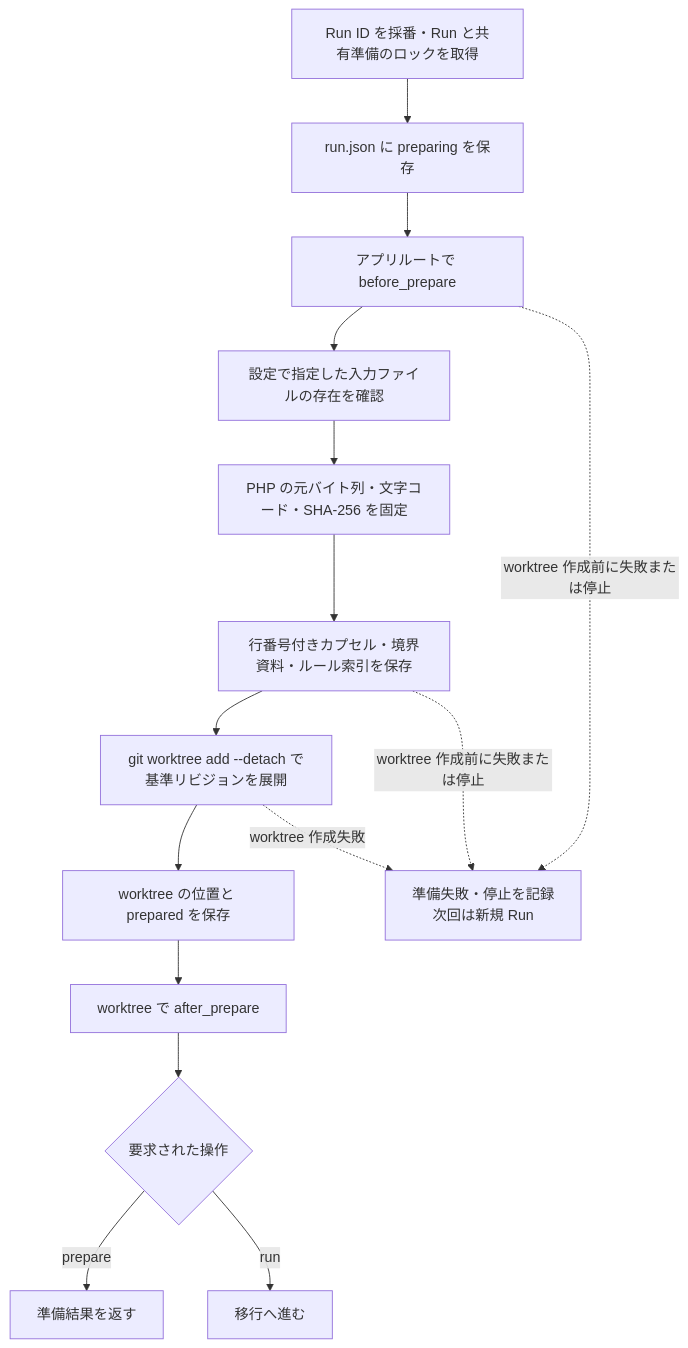
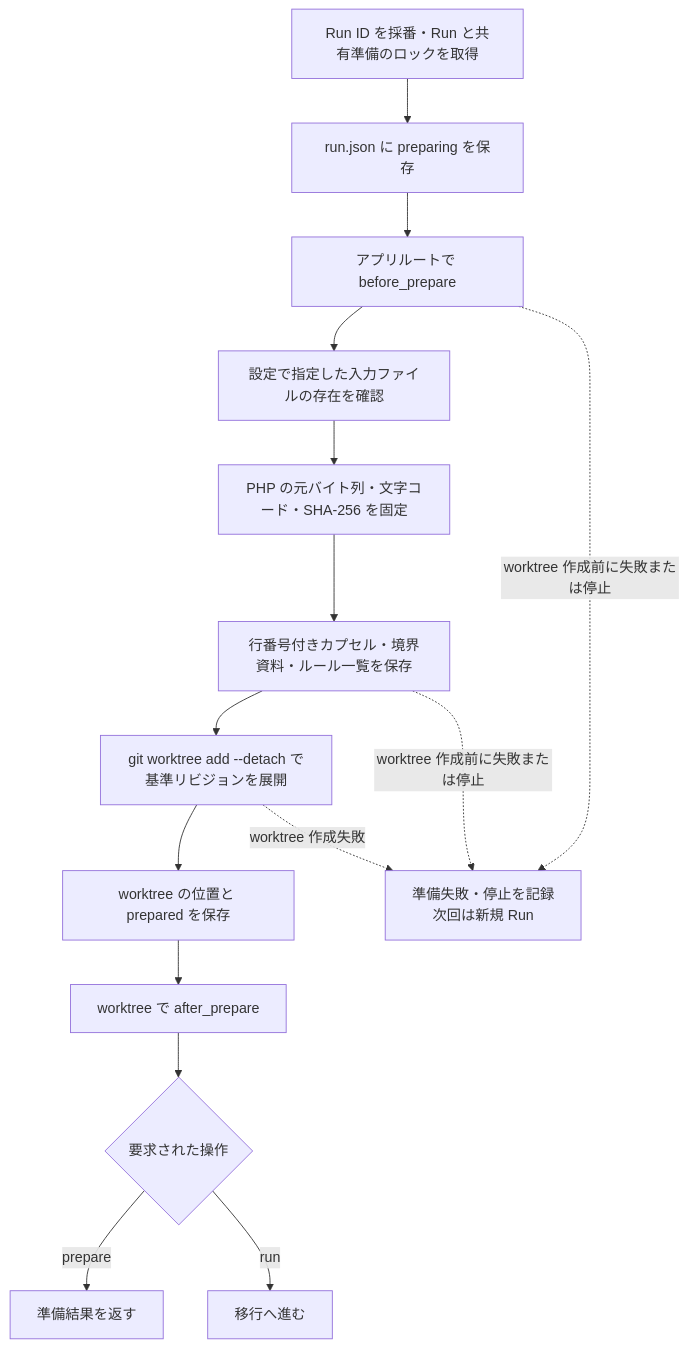
The fourth of 8 diagrams in docs/architecture.md (SSsan-00/moca), drawn with Mermaid before and after one commit. The commit also changed 3 other files, not shown here.

````diff
--- a/docs/architecture.md
+++ b/docs/architecture.md
@@ -240,23 +240,23 @@
 ```mermaid
 flowchart TD
     Start["Run ID を採番・Run と共有準備のロックを取得"]
     Record["run.json に preparing を保存"]
     Before["アプリルートで before_prepare"]
     Validate["設定で指定した入力ファイルの存在を確認"]
     Pin["PHP の元バイト列・文字コード・SHA-256 を固定"]
-    Split["行番号付きカプセル・境界資料・ルール索引を保存"]
+    Split["行番号付きカプセル・境界資料・ルール一覧を保存"]
     Git["git worktree add --detach で基準リビジョンを展開"]
     Prepared["worktree の位置と prepared を保存"]
     After["worktree で after_prepare"]
     Choice{"要求された操作"}
     Wait["準備結果を返す"]
     Migrate["移行へ進む"]
     Failed["準備失敗・停止を記録<br/>次回は新規 Run"]
 
     Start --> Record --> Before --> Validate --> Pin --> Split --> Git --> Prepared --> After --> Choice
     Choice -->|prepare| Wait
     Choice -->|run| Migrate
     Before -.->|worktree 作成前に失敗または停止| Failed
     Split -.->|worktree 作成前に失敗または停止| Failed
     Git -.->|worktree 作成失敗| Failed
 ```
````
